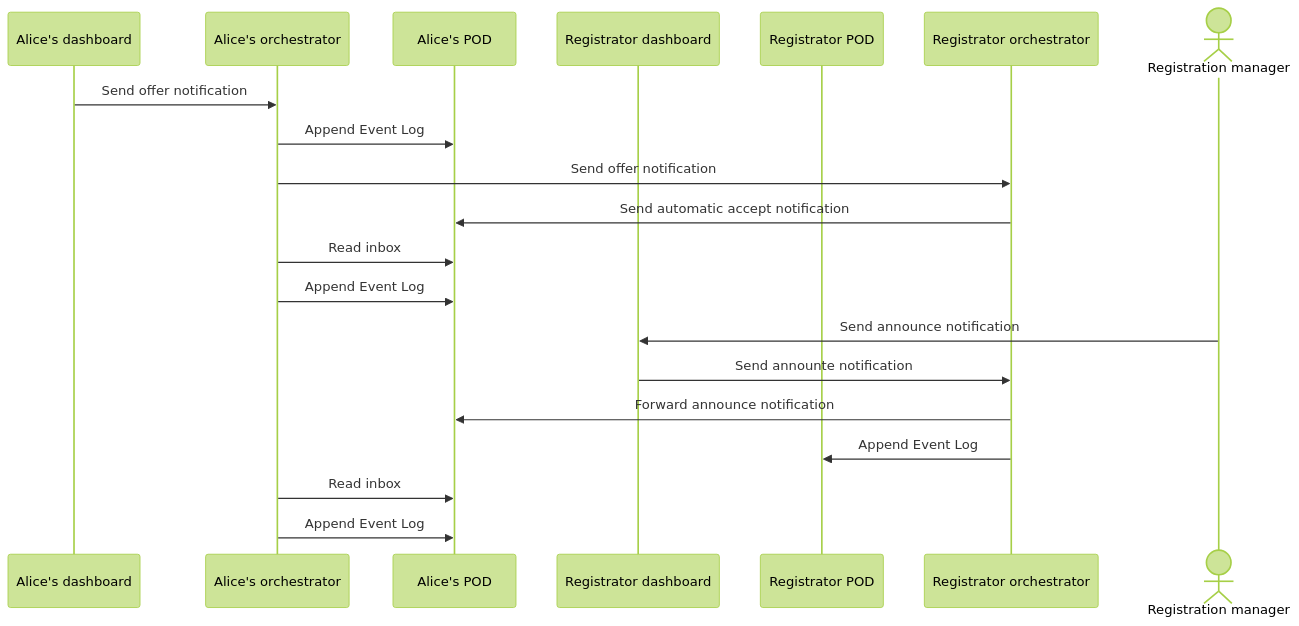
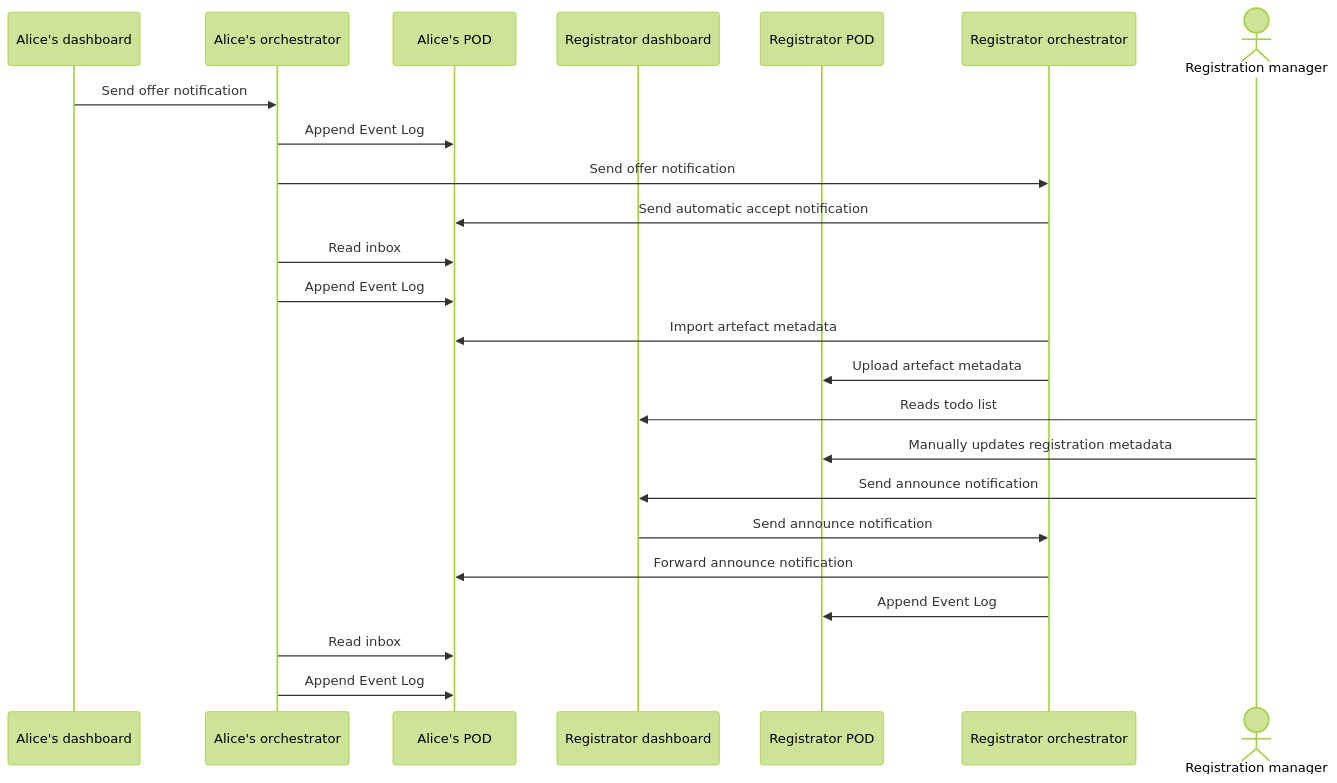
Before and after one commit to CRISalid-esr/spec-usecases: the diagram in diagrams/registration-hub-accepts-offers-from-alice.md, drawn with Mermaid (forest theme). The commit also changed 12 other files, not shown here.

Commit message:
Adding Pieter Heyvaert's Mermaid diagrams

````diff
--- a/diagrams/registration-hub-accepts-offers-from-alice.md
+++ b/diagrams/registration-hub-accepts-offers-from-alice.md
@@ -1,23 +1,27 @@
 ```mermaid
 sequenceDiagram
     participant dashboard as Alice's dashboard
     participant orch as Alice's orchestrator
     participant pod as Alice's POD
     participant dashReg as Registrator dashboard
     participant podReg as Registrator POD
     participant orchReg as Registrator orchestrator
     actor manager as Registration manager
 
     dashboard->>orch: Send offer notification
     orch->>pod: Append Event Log
     orch->>orchReg: Send offer notification
     orchReg->>pod: Send automatic accept notification
     orch->>pod: Read inbox
     orch->>pod: Append Event Log
+    orchReg->>pod: Import artefact metadata
+    orchReg->>podReg: Upload artefact metadata
+    manager->>dashReg: Reads todo list
+    manager->>podReg: Manually updates registration metadata
     manager->>dashReg: Send announce notification
-    dashReg->>orchReg: Send announte notification
+    dashReg->>orchReg: Send announce notification
     orchReg->>pod: Forward announce notification
     orchReg->>podReg: Append Event Log
     orch->>pod: Read inbox
     orch->>pod: Append Event Log
 ```
````
